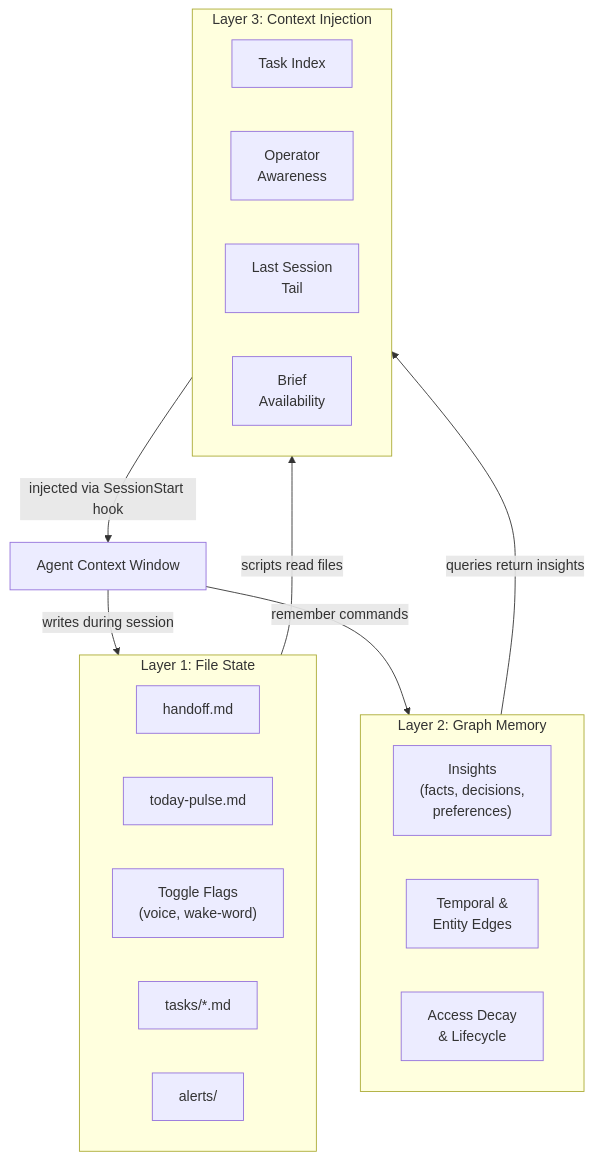
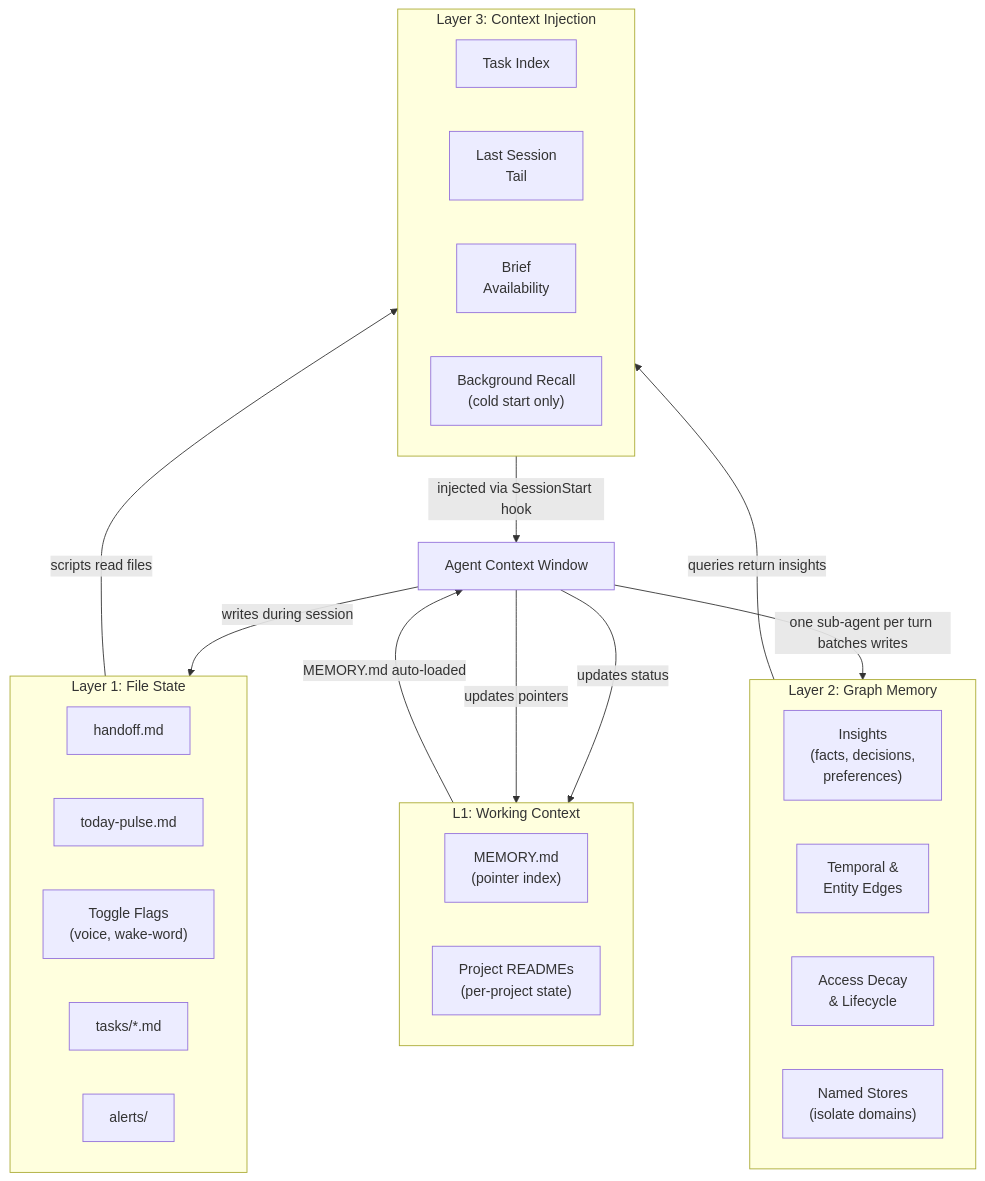
One commit to tars23364-bit/persistent-agent-guide changed the diagram in diagrams/memory-layers.md. Above: the diagram before and after it, drawn with Mermaid. The commit also changed other lines of this file and 26 other files, not shown here.

````diff
--- a/diagrams/memory-layers.md
+++ b/diagrams/memory-layers.md
@@ -5,33 +5,43 @@
 ```mermaid
 graph TB
     subgraph Layer1["Layer 1: File State"]
         direction LR
         Handoff["handoff.md"]
         Pulse["today-pulse.md"]
         Toggles["Toggle Flags<br/>(voice, wake-word)"]
         Tasks["tasks/*.md"]
         Alerts["alerts/"]
     end
 
+    subgraph Layer1b["L1: Working Context"]
+        direction LR
+        MemMD["MEMORY.md<br/>(pointer index)"]
+        ProjREADMEs["Project READMEs<br/>(per-project state)"]
+    end
+
     subgraph Layer2["Layer 2: Graph Memory"]
         direction LR
         Insights["Insights<br/>(facts, decisions,<br/>preferences)"]
         Edges["Temporal &<br/>Entity Edges"]
         Decay["Access Decay<br/>& Lifecycle"]
+        Stores["Named Stores<br/>(isolate domains)"]
     end
 
     subgraph Layer3["Layer 3: Context Injection"]
         direction LR
         TaskIndex["Task Index"]
-        Attunement["Operator<br/>Awareness"]
         SessionTail["Last Session<br/>Tail"]
         BriefFlag["Brief<br/>Availability"]
+        ColdRecall["Background Recall<br/>(cold start only)"]
     end
 
     Layer1 -->|"scripts read files"| Layer3
+    Layer1b -->|"MEMORY.md auto-loaded"| Agent["Agent Context Window"]
     Layer2 -->|"queries return insights"| Layer3
-    Layer3 -->|"injected via SessionStart hook"| Agent["Agent Context Window"]
+    Layer3 -->|"injected via SessionStart hook"| Agent
 
     Agent -->|"writes during session"| Layer1
-    Agent -->|"remember commands"| Layer2
+    Agent -->|"one sub-agent per turn batches writes"| Layer2
+    Agent -->|"updates pointers"| Layer1b
+    Agent -->|"updates status"| ProjREADMEs
 ```
````
